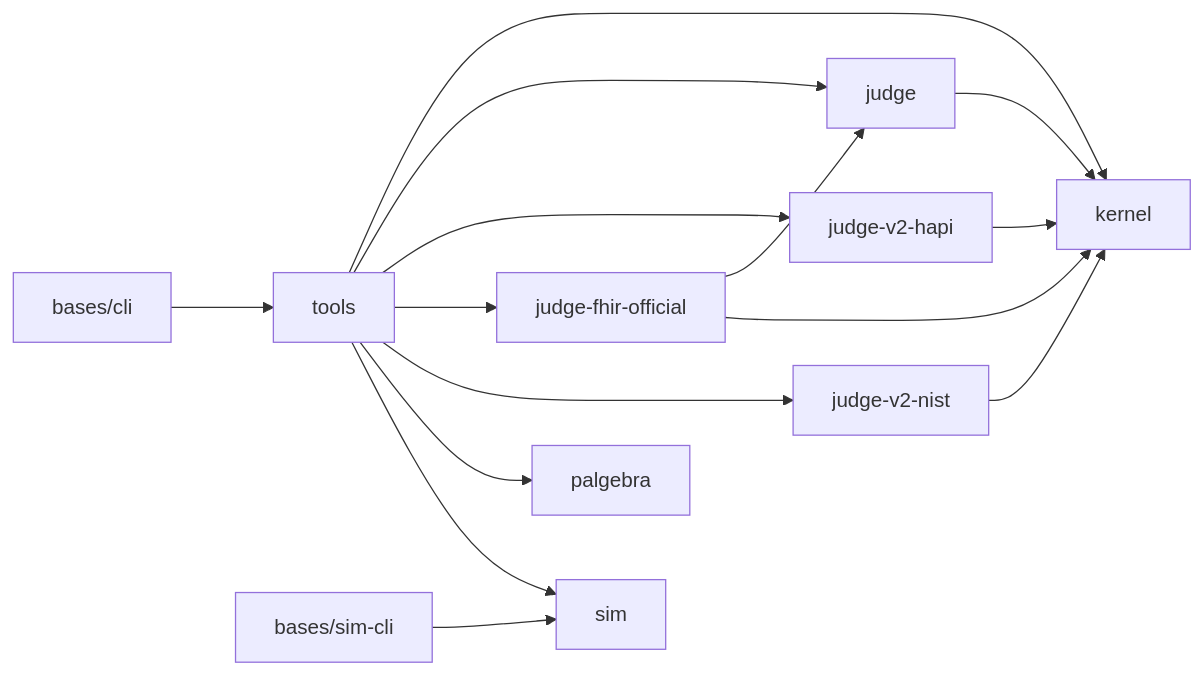
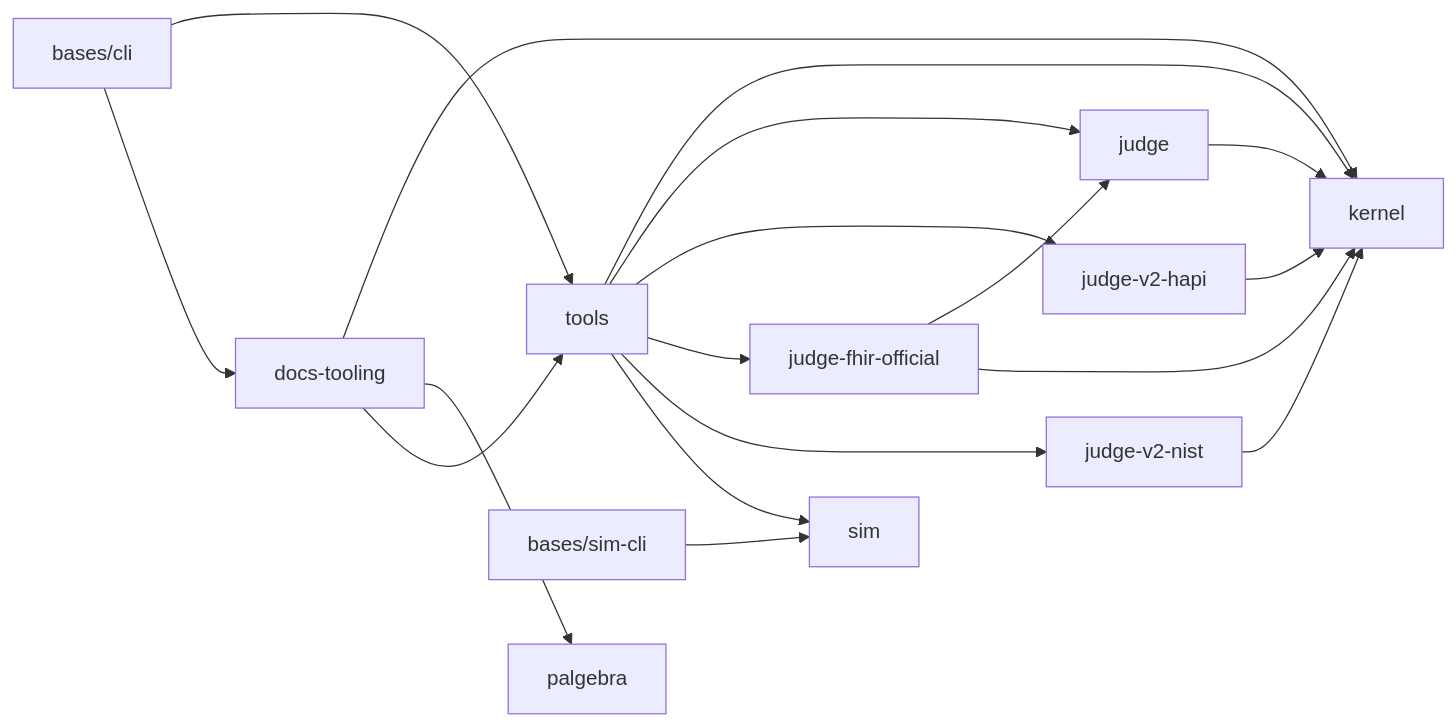
The diagram in docs/dev/architecture.md (pragsmike/ehr-testing-tools), drawn with Mermaid before and after one commit. The commit also changed other lines of this file and 34 other files, not shown here.

````diff
--- a/docs/dev/architecture.md
+++ b/docs/dev/architecture.md
@@ -25,28 +25,32 @@
 ```mermaid
 flowchart LR
     kernel[kernel]
     judge[judge]
     judgev2hapi[judge-v2-hapi]
     judgefhirofficial[judge-fhir-official]
     judgev2nist[judge-v2-nist]
     tools[tools]
+    docstooling[docs-tooling]
     palgebra[palgebra]
     sim[sim]
     cli[bases/cli]
     simcli[bases/sim-cli]
 
     judge --> kernel
     judgev2hapi --> kernel
     judgefhirofficial --> judge
     judgefhirofficial --> kernel
     judgev2nist --> kernel
     tools --> kernel
     tools --> judge
     tools --> judgev2hapi
     tools --> judgefhirofficial
     tools --> judgev2nist
-    tools --> palgebra
     tools --> sim
+    docstooling --> kernel
+    docstooling --> palgebra
+    docstooling --> tools
     cli --> tools
+    cli --> docstooling
     simcli --> sim
 ```
````
